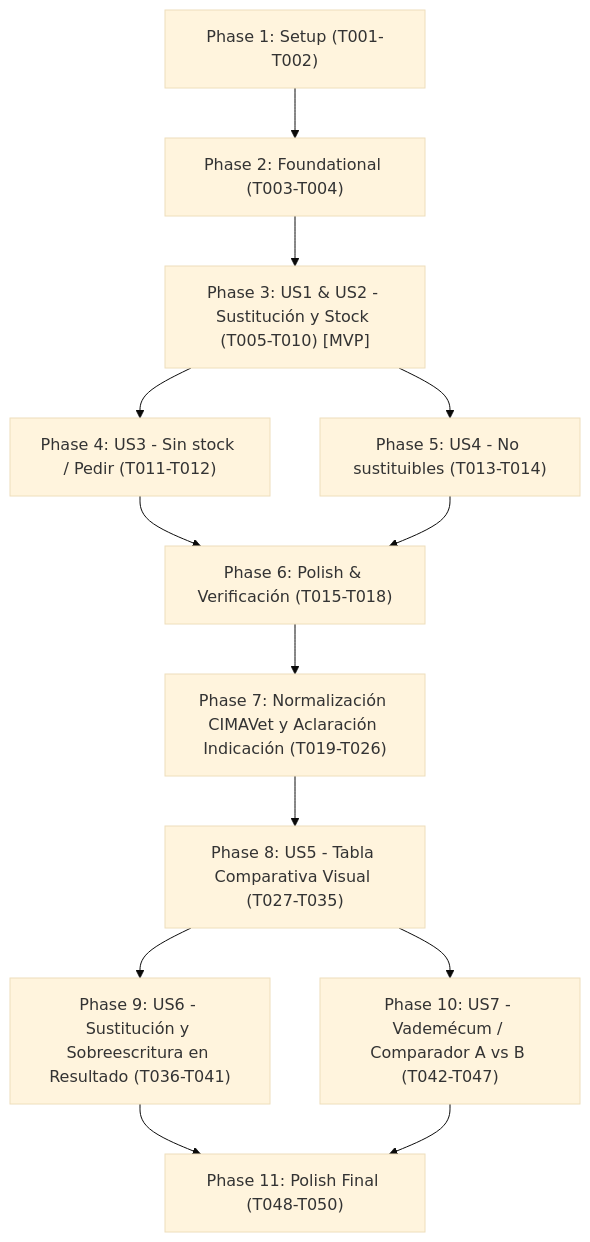
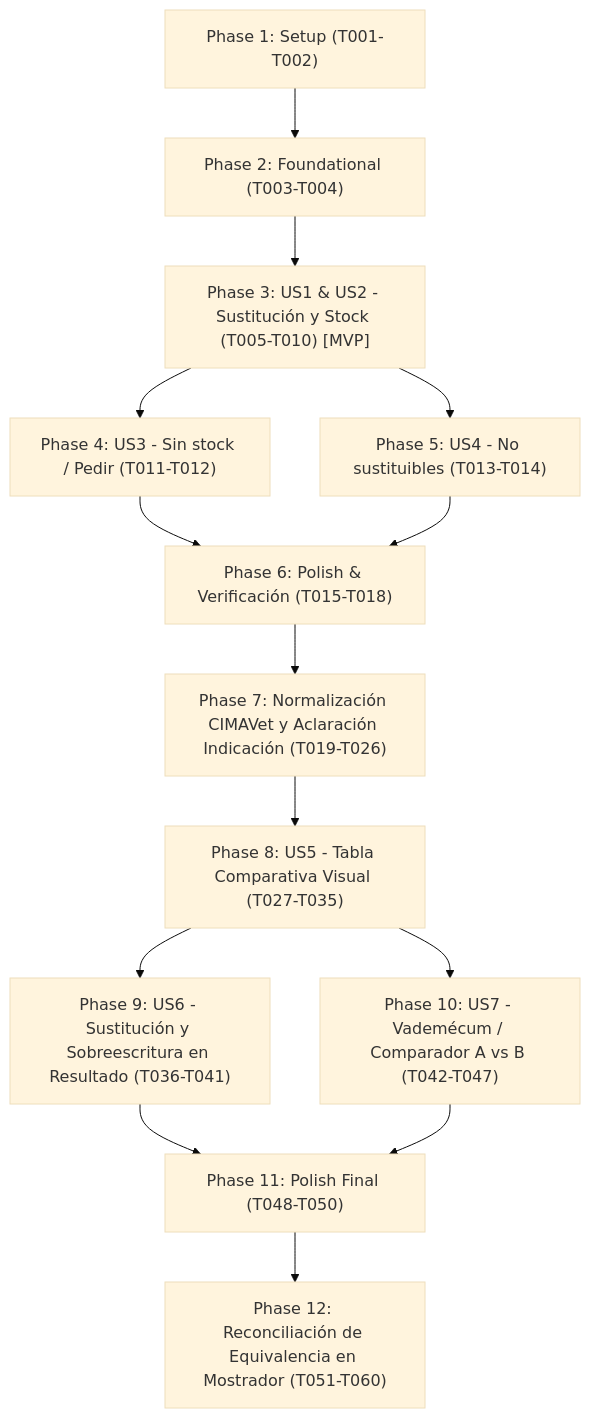
One commit to jcmendez-guerrero/presvetcheck changed the diagram in specs/005-assistant-stock-substitutions/tasks.md. Above: the diagram before and after it, drawn with Mermaid (base theme). The commit also changed other lines of this file and 18 other files, not shown here.

````diff
--- a/specs/005-assistant-stock-substitutions/tasks.md
+++ b/specs/005-assistant-stock-substitutions/tasks.md
@@ -223,15 +245,16 @@
 ```mermaid
 flowchart TD
     Setup["Phase 1: Setup (T001-T002)"] --> Foundational["Phase 2: Foundational (T003-T004)"]
     Foundational --> US1_US2["Phase 3: US1 & US2 - Sustitución y Stock (T005-T010) [MVP]"]
     US1_US2 --> US3["Phase 4: US3 - Sin stock / Pedir (T011-T012)"]
     US1_US2 --> US4["Phase 5: US4 - No sustituibles (T013-T014)"]
     US3 --> Polish["Phase 6: Polish & Verificación (T015-T018)"]
     US4 --> Polish
     Polish --> Phase7["Phase 7: Normalización CIMAVet y Aclaración Indicación (T019-T026)"]
     Phase7 --> Phase8["Phase 8: US5 - Tabla Comparativa Visual (T027-T035)"]
     Phase8 --> Phase9["Phase 9: US6 - Sustitución y Sobreescritura en Resultado (T036-T041)"]
     Phase8 --> Phase10["Phase 10: US7 - Vademécum / Comparador A vs B (T042-T047)"]
     Phase9 --> Phase11["Phase 11: Polish Final (T048-T050)"]
     Phase10 --> Phase11
+    Phase11 --> Phase12["Phase 12: Reconciliación de Equivalencia en Mostrador (T051-T060)"]
 ```
````
